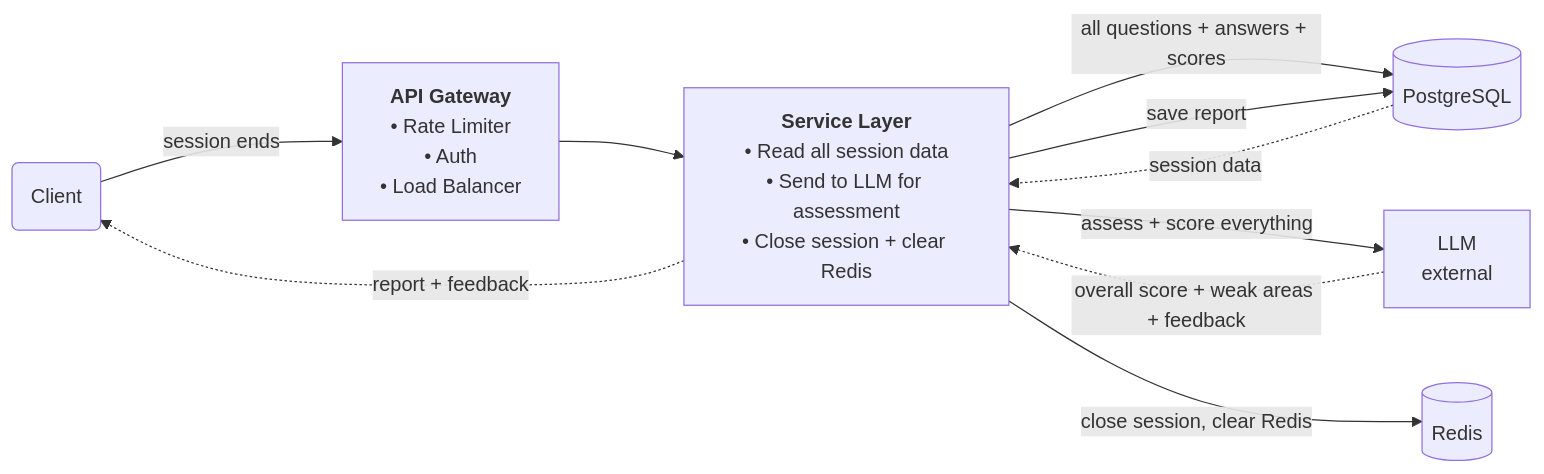
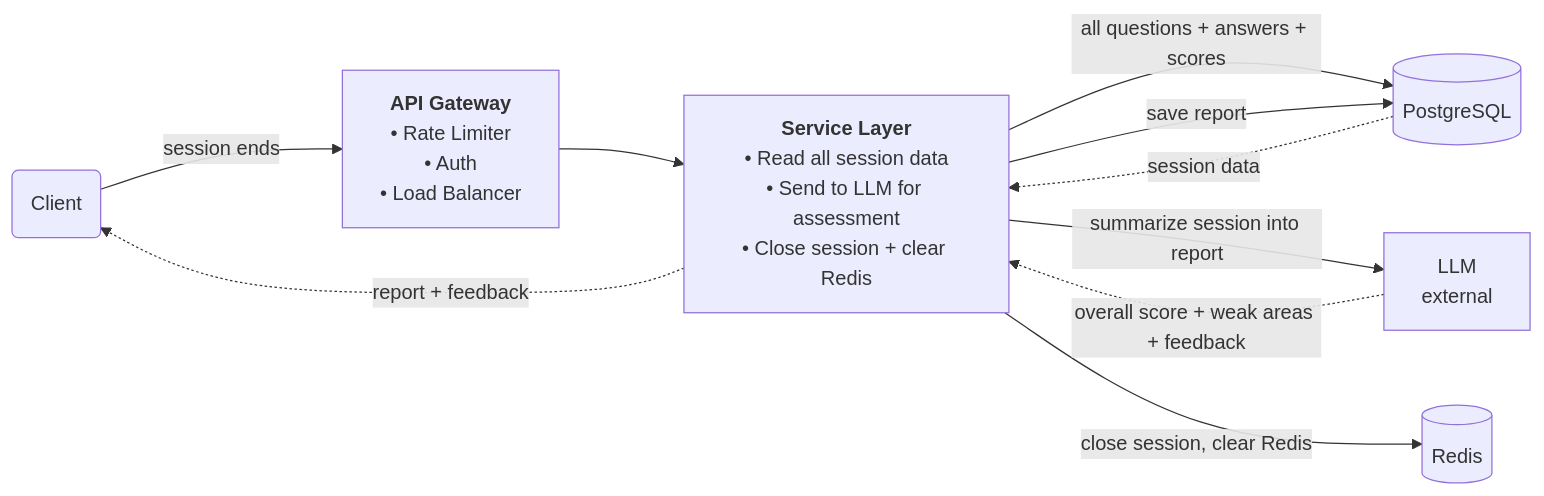
The fourth of 4 diagrams in SYSTEM_DESIGN.md (shivam-tamboli/GrillMyProject), drawn with Mermaid before and after one commit. The commit also changed other lines of this file, not shown here.

Commit message:
final diagram fixes — github label, scoring clarity, question delivery, report wording, prep guide

````diff
--- a/SYSTEM_DESIGN.md
+++ b/SYSTEM_DESIGN.md
@@ -445,20 +446,20 @@
 ```mermaid
 %%{init: {'flowchart': {'nodeSpacing': 60, 'rankSpacing': 100}}}%%
 flowchart LR
     Client(Client)
     GW["<b>API Gateway</b><br/>• Rate Limiter<br/>• Auth<br/>• Load Balancer"]
     SVC["<b>Service Layer</b><br/>• Read all session data<br/>• Send to LLM for assessment<br/>• Close session + clear Redis"]
     LLM["LLM<br/>external"]
     RD[(Redis)]
     PG[(PostgreSQL)]
 
     Client -->|session ends| GW
     GW --> SVC
     SVC -->|all questions + answers + scores| PG
     PG -.->|session data| SVC
-    SVC -->|assess + score everything| LLM
+    SVC -->|summarize session into report| LLM
     LLM -.->|overall score + weak areas + feedback| SVC
     SVC -->|save report| PG
     SVC -->|close session, clear Redis| RD
     SVC -.->|report + feedback| Client
 ```
````
